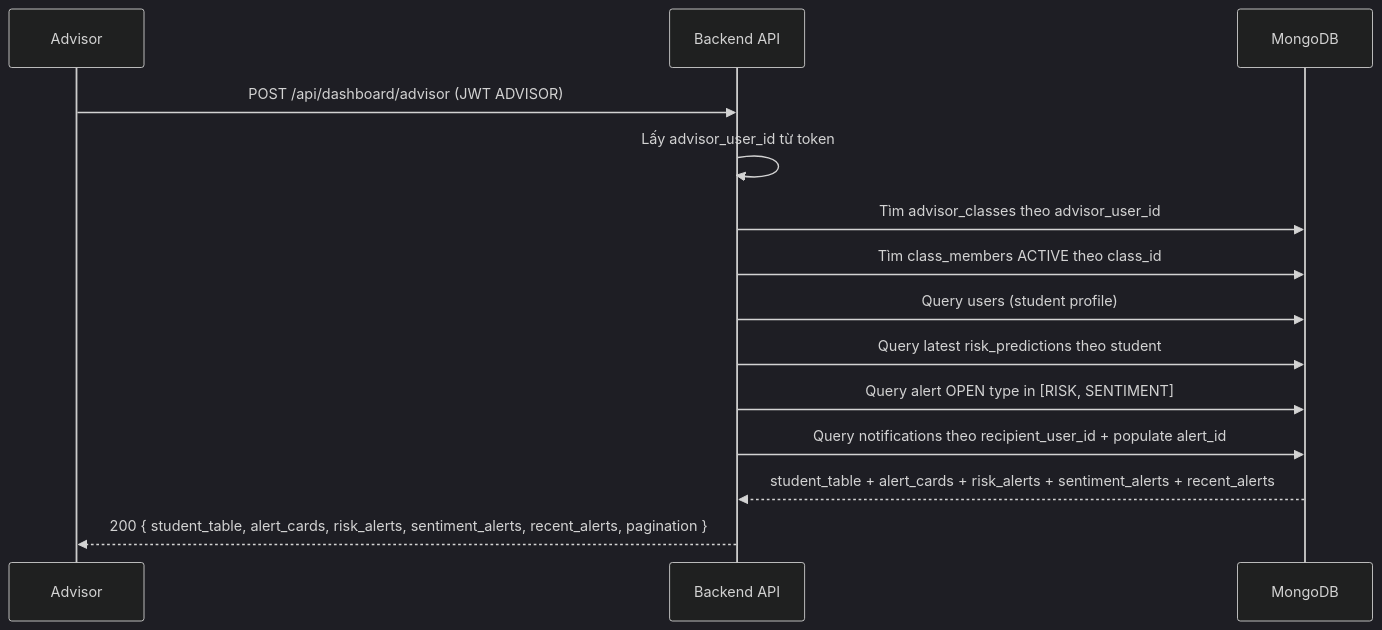
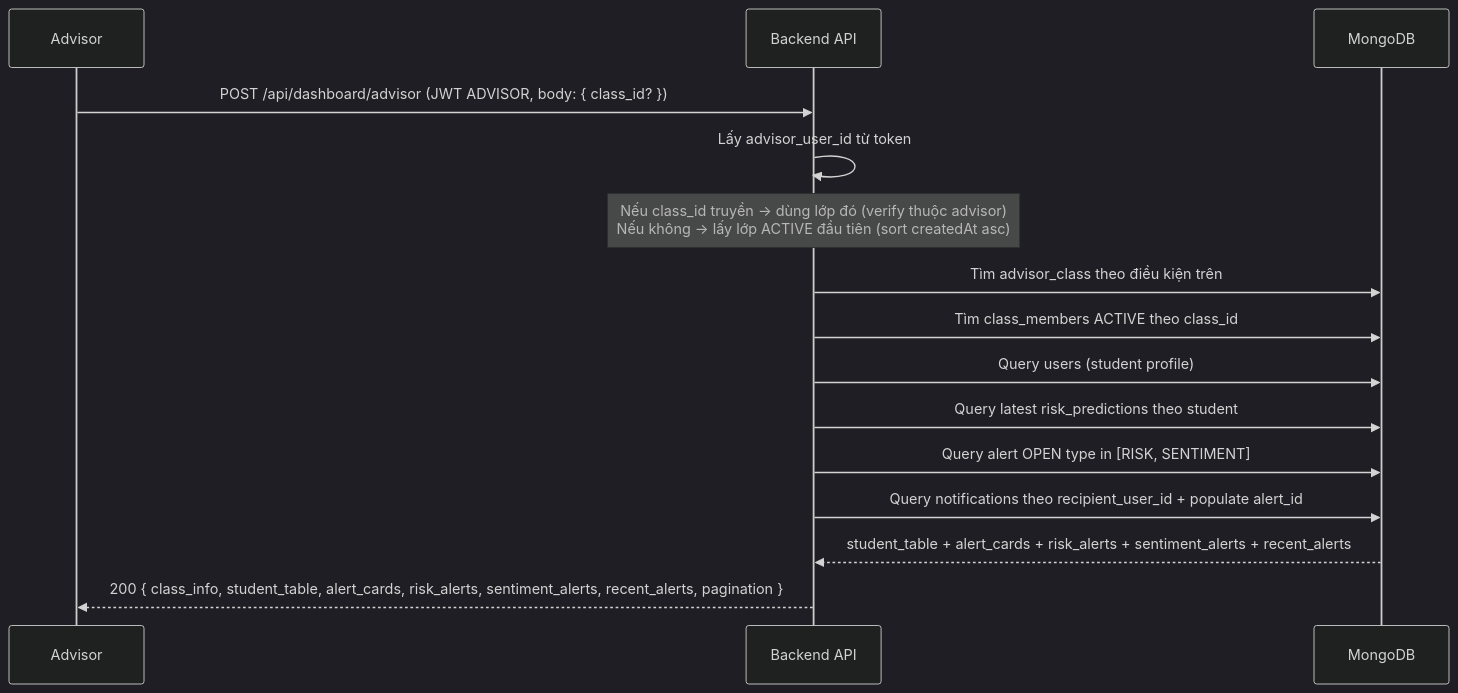
One commit to YounBon/ai-advisor-backup-be changed the second of 2 diagrams in docs/dashboard-flow.md. Above: the diagram before and after it, drawn with Mermaid (dark theme). The commit also changed other lines of this file and 32 other files, not shown here.

````diff
--- a/docs/dashboard-flow.md
+++ b/docs/dashboard-flow.md
@@ -26,17 +26,18 @@
 ```mermaid
 sequenceDiagram
     participant A as Advisor
     participant API as Backend API
     participant DB as MongoDB
 
-    A->>API: POST /api/dashboard/advisor (JWT ADVISOR)
+    A->>API: POST /api/dashboard/advisor (JWT ADVISOR, body: { class_id? })
     API->>API: Lấy advisor_user_id từ token
-    API->>DB: Tìm advisor_classes theo advisor_user_id
+    note over API: Nếu class_id truyền → dùng lớp đó (verify thuộc advisor)<br/>Nếu không → lấy lớp ACTIVE đầu tiên (sort createdAt asc)
+    API->>DB: Tìm advisor_class theo điều kiện trên
     API->>DB: Tìm class_members ACTIVE theo class_id
     API->>DB: Query users (student profile)
     API->>DB: Query latest risk_predictions theo student
     API->>DB: Query alert OPEN type in [RISK, SENTIMENT]
     API->>DB: Query notifications theo recipient_user_id + populate alert_id
     DB-->>API: student_table + alert_cards + risk_alerts + sentiment_alerts + recent_alerts
-    API-->>A: 200 { student_table, alert_cards, risk_alerts, sentiment_alerts, recent_alerts, pagination }
+    API-->>A: 200 { class_info, student_table, alert_cards, risk_alerts, sentiment_alerts, recent_alerts, pagination }
 ```
````
